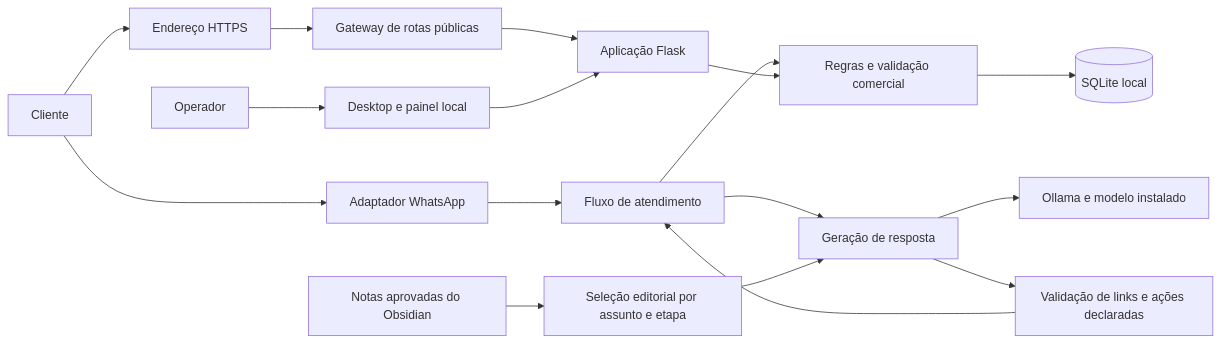
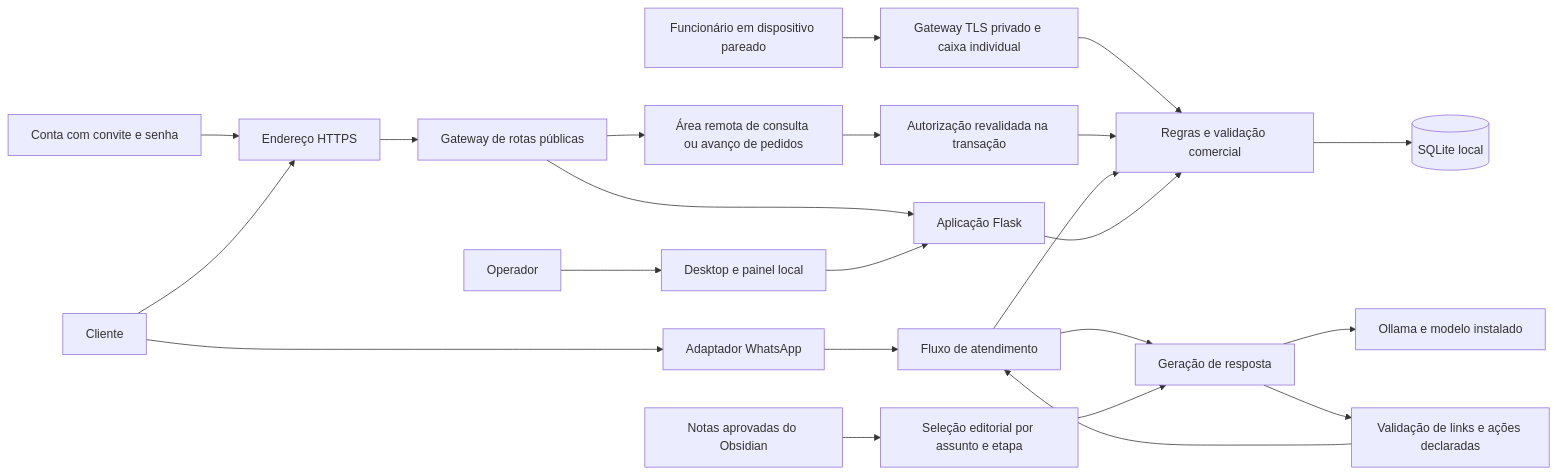
Before and after one commit to cleryton/deliverybot-desktop: the first of 3 diagrams in docs/tcc/ARQUITETURA_E_REQUISITOS.md, drawn with Mermaid. The commit also changed other lines of this file and 24 other files, not shown here.

````diff
--- a/docs/tcc/ARQUITETURA_E_REQUISITOS.md
+++ b/docs/tcc/ARQUITETURA_E_REQUISITOS.md
@@ -5,19 +5,25 @@
 ```mermaid
 flowchart LR
     Operador[Operador] --> Desktop[Desktop e painel local]
+    Funcionario[Funcionário em dispositivo pareado] --> TLS[Gateway TLS privado e caixa individual]
+    TLS --> Regras
+    Remoto[Conta com convite e senha] --> HTTPS
     Cliente[Cliente] --> WA[Adaptador WhatsApp]
     Cliente --> HTTPS[Endereço HTTPS]
     HTTPS --> Gateway[Gateway de rotas públicas]
     Gateway --> Flask[Aplicação Flask]
+    Gateway --> Acesso[Área remota de consulta ou avanço de pedidos]
+    Acesso --> Autorizacao[Autorização revalidada na transação]
+    Autorizacao --> Regras
     Desktop --> Flask
     WA --> Bot[Fluxo de atendimento]
     Bot --> Regras[Regras e validação comercial]
     Flask --> Regras
     Regras --> DB[(SQLite local)]
     Bot --> IA[Geração de resposta]
     Notas[Notas aprovadas do Obsidian] --> Contexto[Seleção editorial por assunto e etapa]
     Contexto --> IA
     IA --> Ollama[Ollama e modelo instalado]
     IA --> Filtro[Validação de links e ações declaradas]
     Filtro --> Bot
 ```
````
